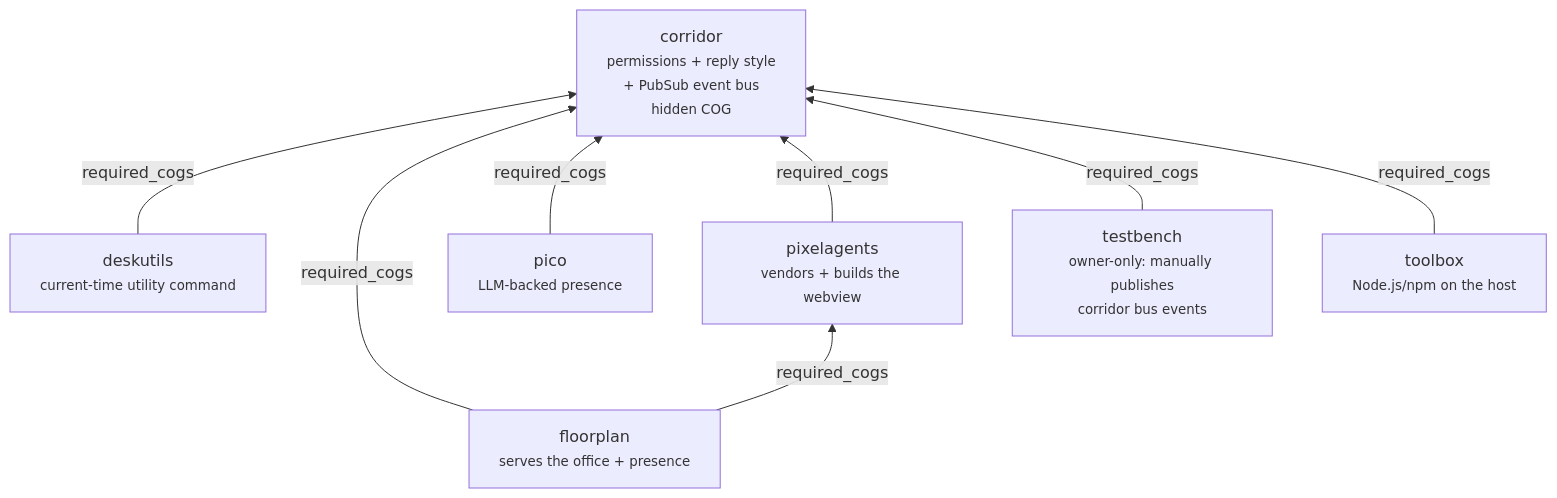
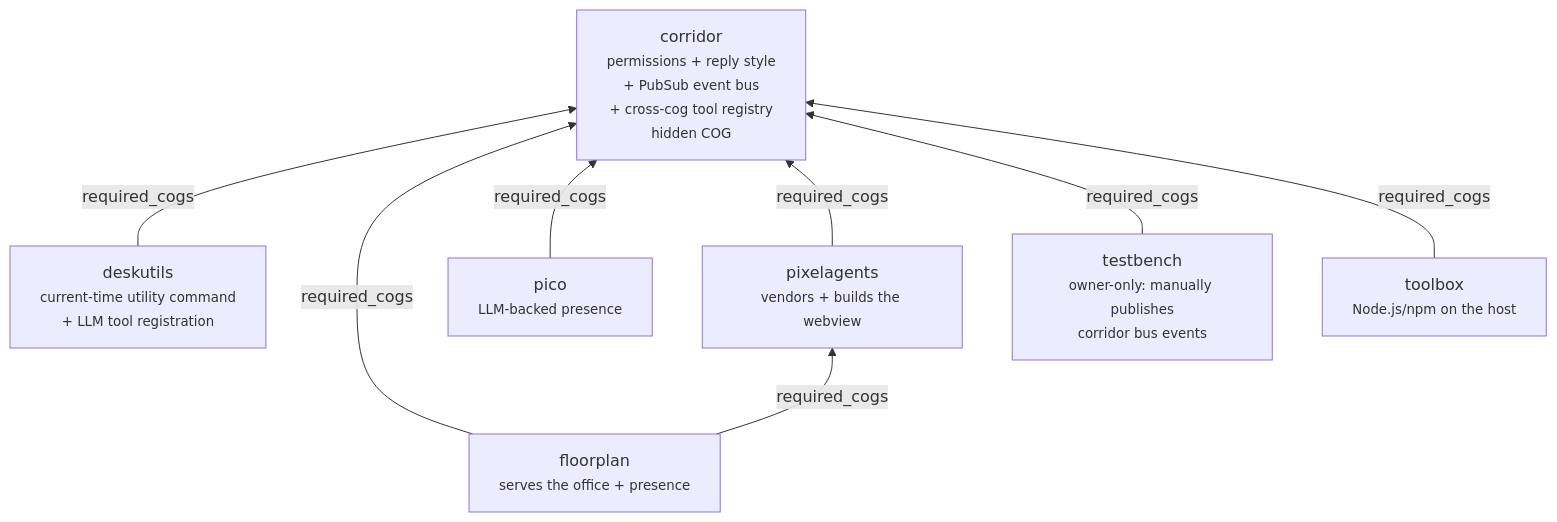
One commit to pixel-agents-hq/pixel-agents-cogs changed the first of 7 diagrams in docs/architecture.md. Above: the diagram before and after it, drawn with Mermaid. The commit also changed other lines of this file and 25 other files, not shown here.

````diff
--- a/docs/architecture.md
+++ b/docs/architecture.md
@@ -26,18 +26,18 @@
 ```mermaid
 flowchart BT
-    corridor["corridor<br/><small>permissions + reply style<br/>+ PubSub event bus</small><br/><small>hidden COG</small>"]
-    deskutils["deskutils<br/><small>current-time utility command</small>"]
+    corridor["corridor<br/><small>permissions + reply style<br/>+ PubSub event bus<br/>+ cross-cog tool registry</small><br/><small>hidden COG</small>"]
+    deskutils["deskutils<br/><small>current-time utility command<br/>+ LLM tool registration</small>"]
     floorplan["floorplan<br/><small>serves the office + presence</small>"]
     pico["pico<br/><small>LLM-backed presence</small>"]
     pixelagents["pixelagents<br/><small>vendors + builds the webview</small>"]
     testbench["testbench<br/><small>owner-only: manually publishes<br/>corridor bus events</small>"]
     toolbox["toolbox<br/><small>Node.js/npm on the host</small>"]
 
     deskutils -->|required_cogs| corridor
     floorplan -->|required_cogs| corridor
     pico -->|required_cogs| corridor
     pixelagents -->|required_cogs| corridor
     testbench -->|required_cogs| corridor
     toolbox -->|required_cogs| corridor
     floorplan -->|required_cogs| pixelagents
 ```
````
